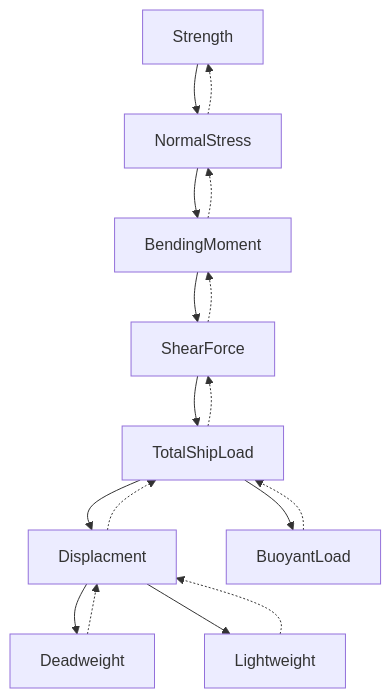
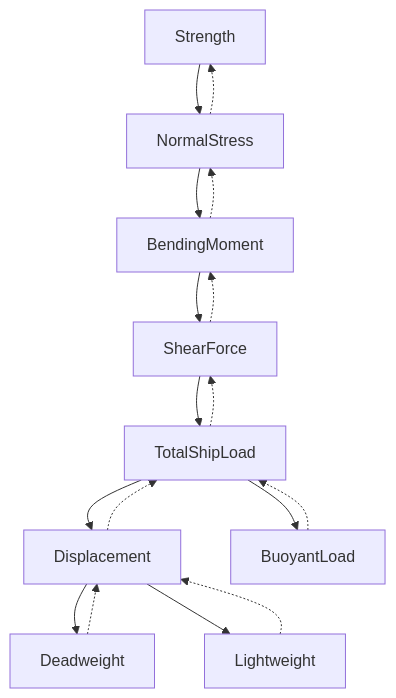
Before and after one commit to milovanovmaksim/ship_strength_monitoring_system: the diagram in README.md, drawn with Mermaid.

Commit message:
correct a word

````diff
--- a/README.md
+++ b/README.md
@@ -13,19 +13,19 @@
 ```mermaid
 graph TD;
 Strength --> NormalStress
 NormalStress -.-> Strength
 NormalStress --> BendingMoment;
 BendingMoment -.-> NormalStress;
 BendingMoment-->ShearForce;
 ShearForce -.->BendingMoment;
 ShearForce-->TotalShipLoad;
 TotalShipLoad -.-> ShearForce;
-TotalShipLoad-->Displacment;
+TotalShipLoad-->Displacement;
 TotalShipLoad-->BuoyantLoad;
 BuoyantLoad -.->TotalShipLoad;
-Displacment-->Deadweight;
-Displacment-->Lightweight;
-Displacment -.-> TotalShipLoad;
-Lightweight -.->Displacment;
-Deadweight -.->Displacment;
+Displacement-->Deadweight;
+Displacement-->Lightweight;
+Displacement -.-> TotalShipLoad;
+Lightweight -.->Displacement;
+Deadweight -.->Displacement;
 ```
````
